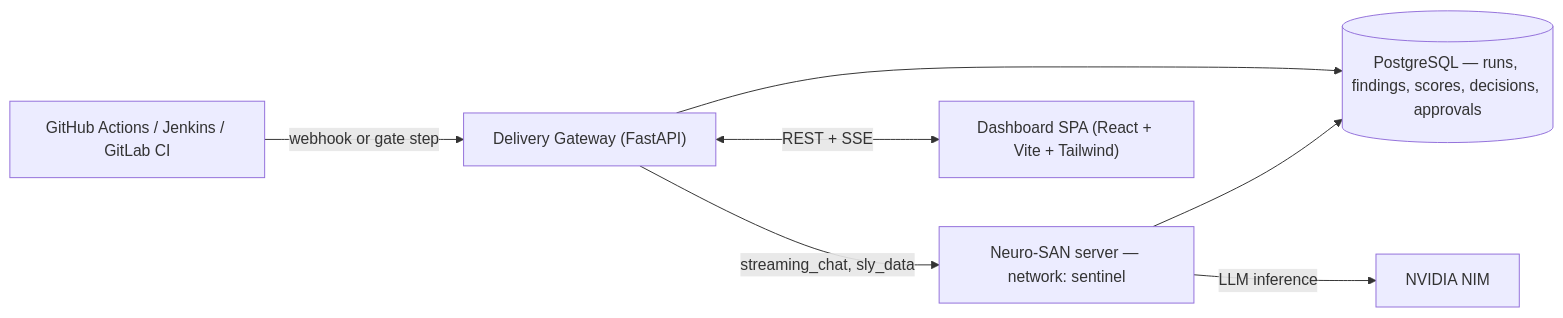
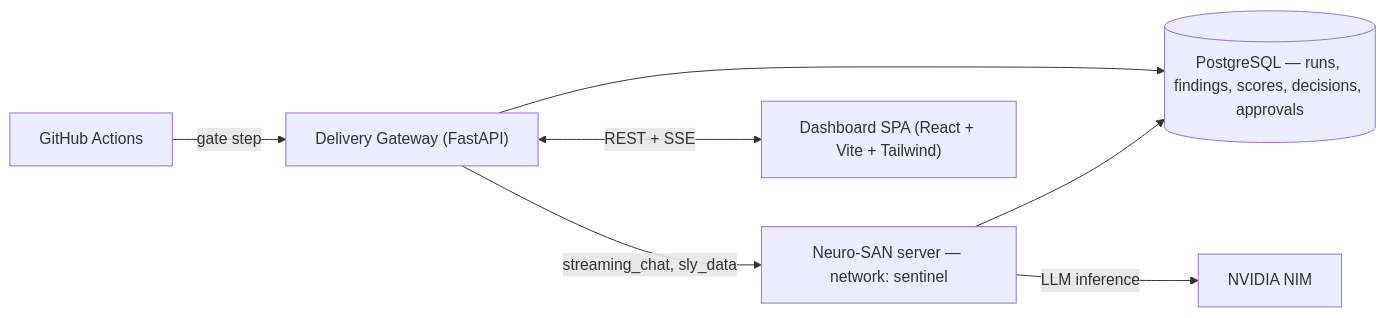
One commit to anandharshit712/Sentinel changed the second of 2 diagrams in architecture.md. Above: the diagram before and after it, drawn with Mermaid. The commit also changed other lines of this file and 3 other files, not shown here.

````diff
--- a/architecture.md
+++ b/architecture.md
@@ -77,9 +79,9 @@
 ```mermaid
 flowchart LR
-    CI["GitHub Actions / Jenkins / GitLab CI"] -->|webhook or gate step| GW["Delivery Gateway (FastAPI)"]
+    CI["GitHub Actions"] -->|gate step| GW["Delivery Gateway (FastAPI)"]
     GW -->|streaming_chat, sly_data| NS["Neuro-SAN server — network: sentinel"]
     NS --> PG[("PostgreSQL — runs, findings, scores, decisions, approvals")]
     GW --> PG
     GW <-->|REST + SSE| FE["Dashboard SPA (React + Vite + Tailwind)"]
     NS -->|LLM inference| NIM["NVIDIA NIM"]
 ```
````
